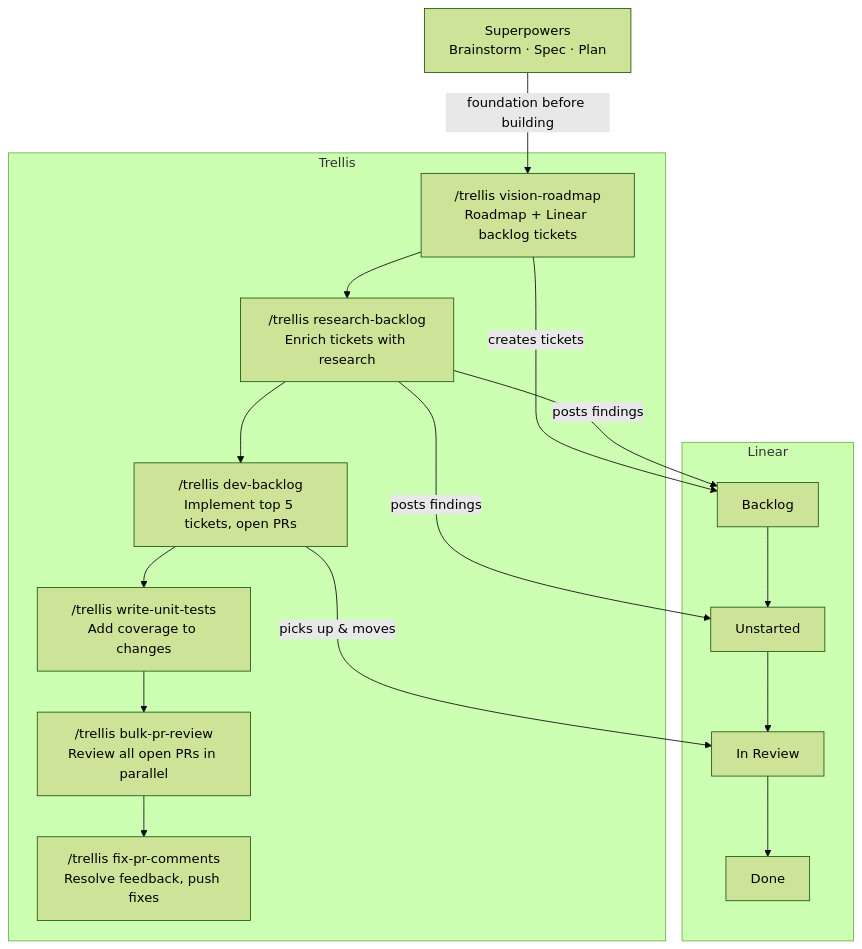
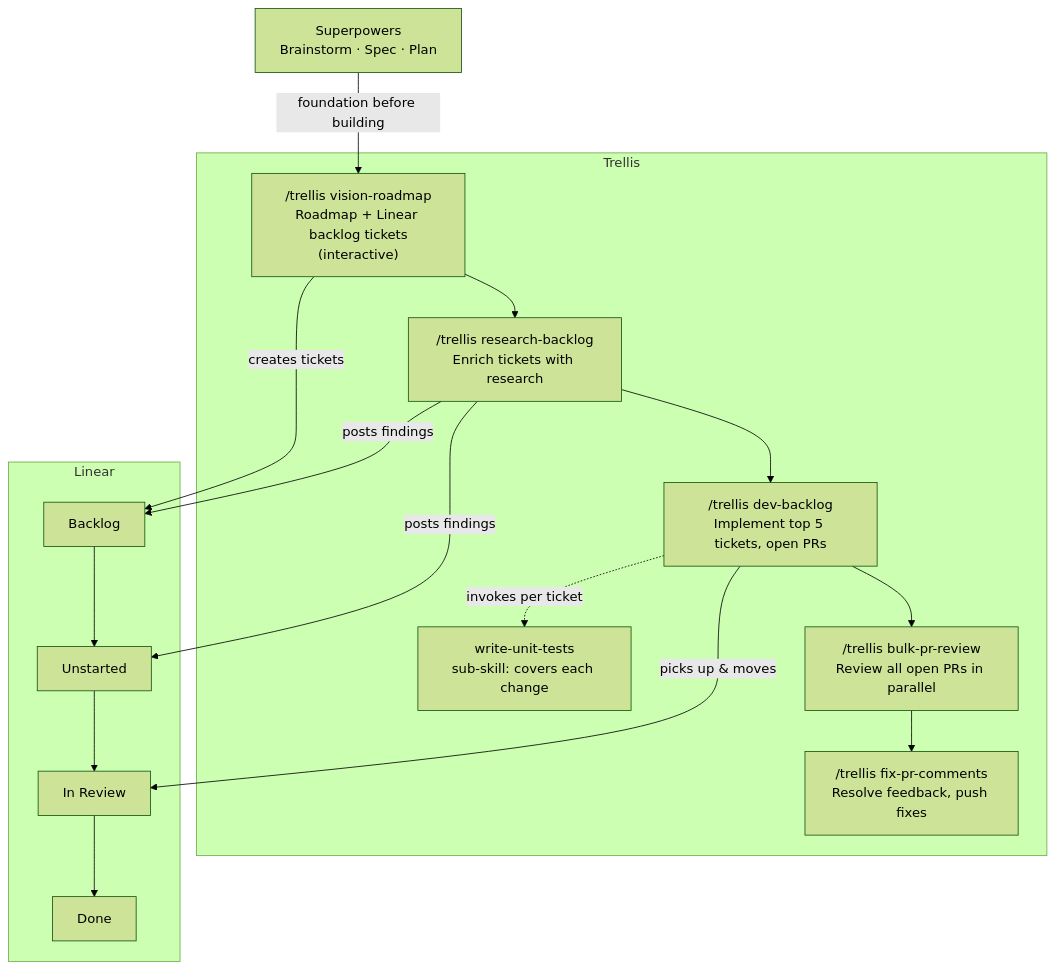
One commit to drewdoebereiner/trellis changed the diagram in README.md. Above: the diagram before and after it, drawn with Mermaid (forest theme). The commit also changed other lines of this file, not shown here.

Commit message:
docs(readme): show write-unit-tests as a dev-backlog sub-skill in flow diagrams

````diff
--- a/README.md
+++ b/README.md
@@ -34,31 +34,32 @@
 ```mermaid
 flowchart TD
     SP["Superpowers\nBrainstorm · Spec · Plan"]
 
     SP -->|foundation before building| VR
 
     subgraph TRELLIS["Trellis"]
-        VR["/trellis vision-roadmap\nRoadmap + Linear backlog tickets"]
+        VR["/trellis vision-roadmap\nRoadmap + Linear backlog tickets\n(interactive)"]
         RB["/trellis research-backlog\nEnrich tickets with research"]
         DB["/trellis dev-backlog\nImplement top 5 tickets, open PRs"]
-        WUT["/trellis write-unit-tests\nAdd coverage to changes"]
+        WUT["write-unit-tests\nsub-skill: covers each change"]
         BPR["/trellis bulk-pr-review\nReview all open PRs in parallel"]
         FPC["/trellis fix-pr-comments\nResolve feedback, push fixes"]
 
-        VR --> RB --> DB --> WUT --> BPR --> FPC
+        VR --> RB --> DB --> BPR --> FPC
+        DB -.->|invokes per ticket| WUT
     end
 
     subgraph LINEAR["Linear"]
         LB["Backlog"]
         LU["Unstarted"]
         LIR["In Review"]
         LD["Done"]
 
         LB --> LU --> LIR --> LD
     end
 
     VR -->|creates tickets| LB
     RB -->|posts findings| LB
     RB -->|posts findings| LU
     DB -->|picks up & moves| LIR
 ```
````
